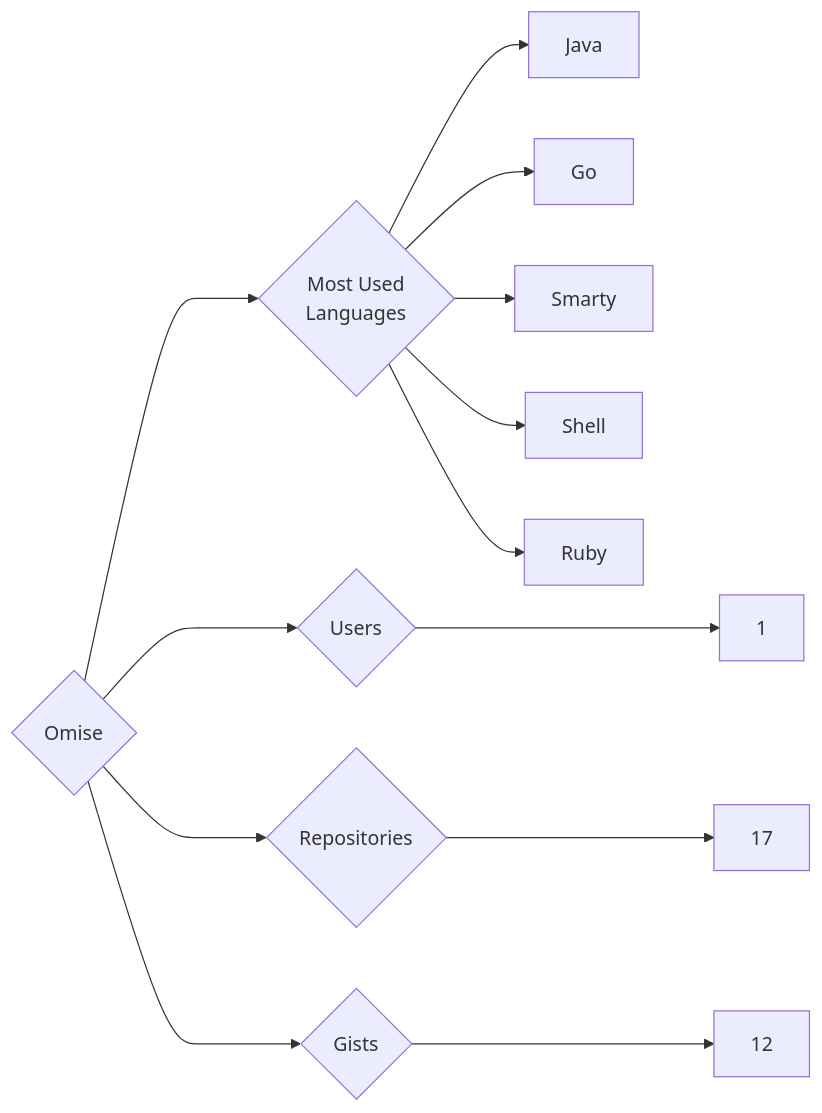
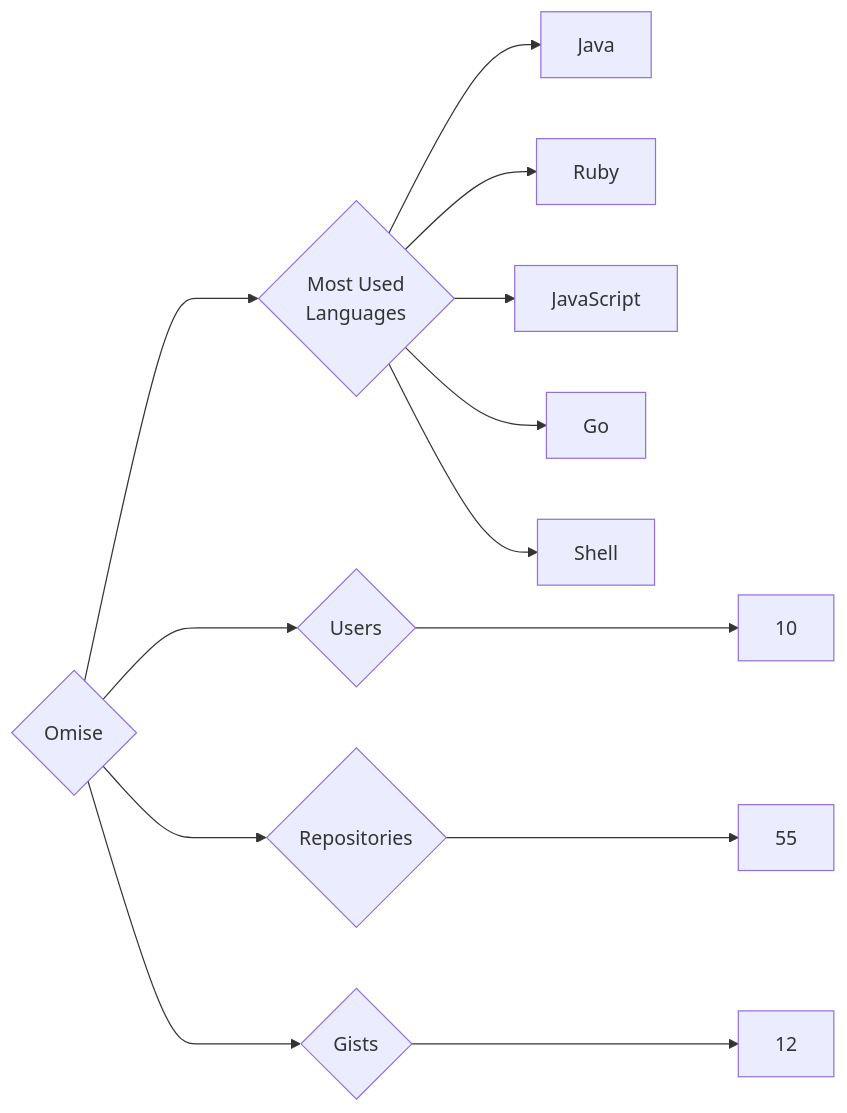
One commit to trickest/insiders changed the diagram in targets/Omise/README.md. Above: the diagram before and after it, drawn with Mermaid. The commit also changed 823 other files, not shown here.

````diff
--- a/targets/Omise/README.md
+++ b/targets/Omise/README.md
@@ -3,13 +3,13 @@
 ```mermaid
 graph LR
 COMPANY_NAME{Omise}
-COMPANY_NAME ---> U{Users} ---> UN[1]
-COMPANY_NAME ---> R{Repositories} ---> RN[17]
+COMPANY_NAME ---> U{Users} ---> UN[10]
+COMPANY_NAME ---> R{Repositories} ---> RN[55]
 COMPANY_NAME ---> G{Gists} ---> GN[12]
 COMPANY_NAME ---> ML{Most Used<br>Languages}
 ML --> Java[Java]
+ML --> Ruby[Ruby]
+ML --> JavaScript[JavaScript]
 ML --> Go[Go]
-ML --> Smarty[Smarty]
 ML --> Shell[Shell]
-ML --> Ruby[Ruby]
 ```
````
